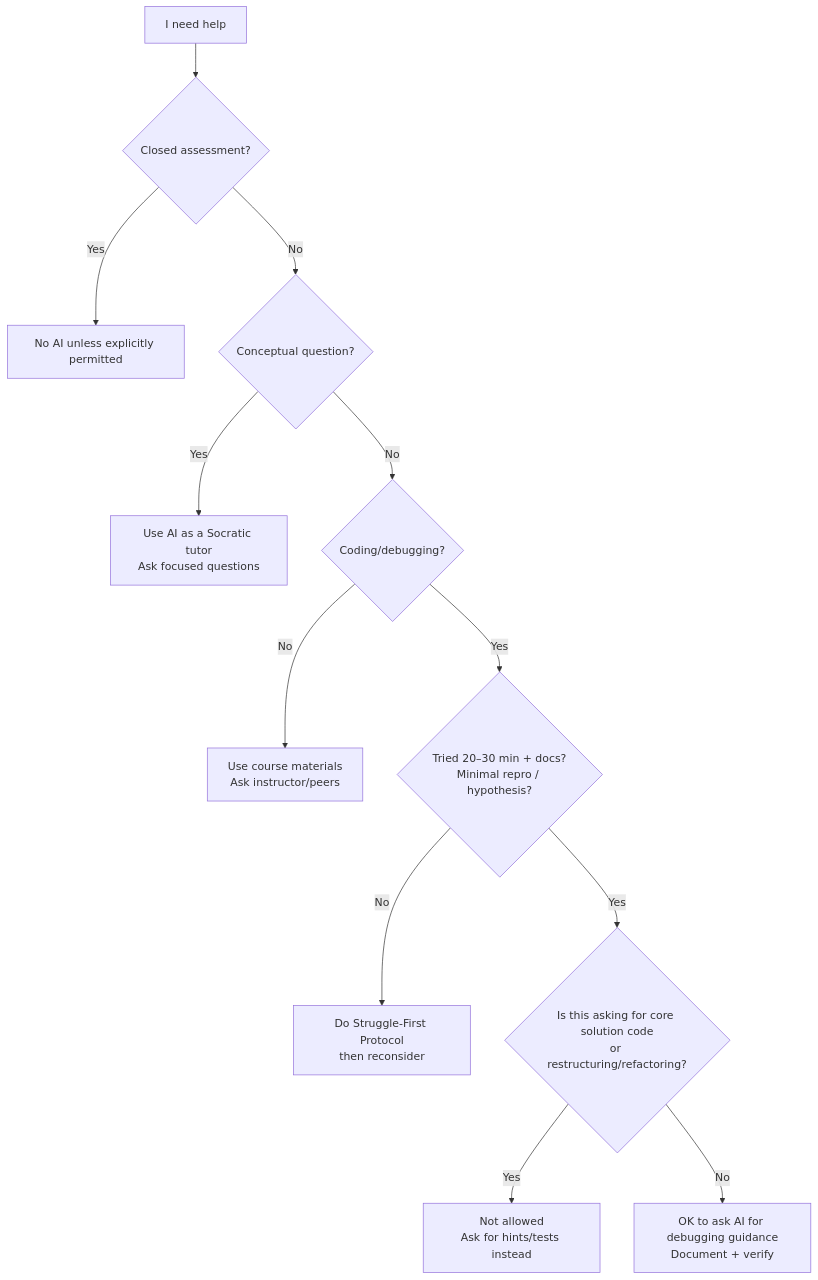
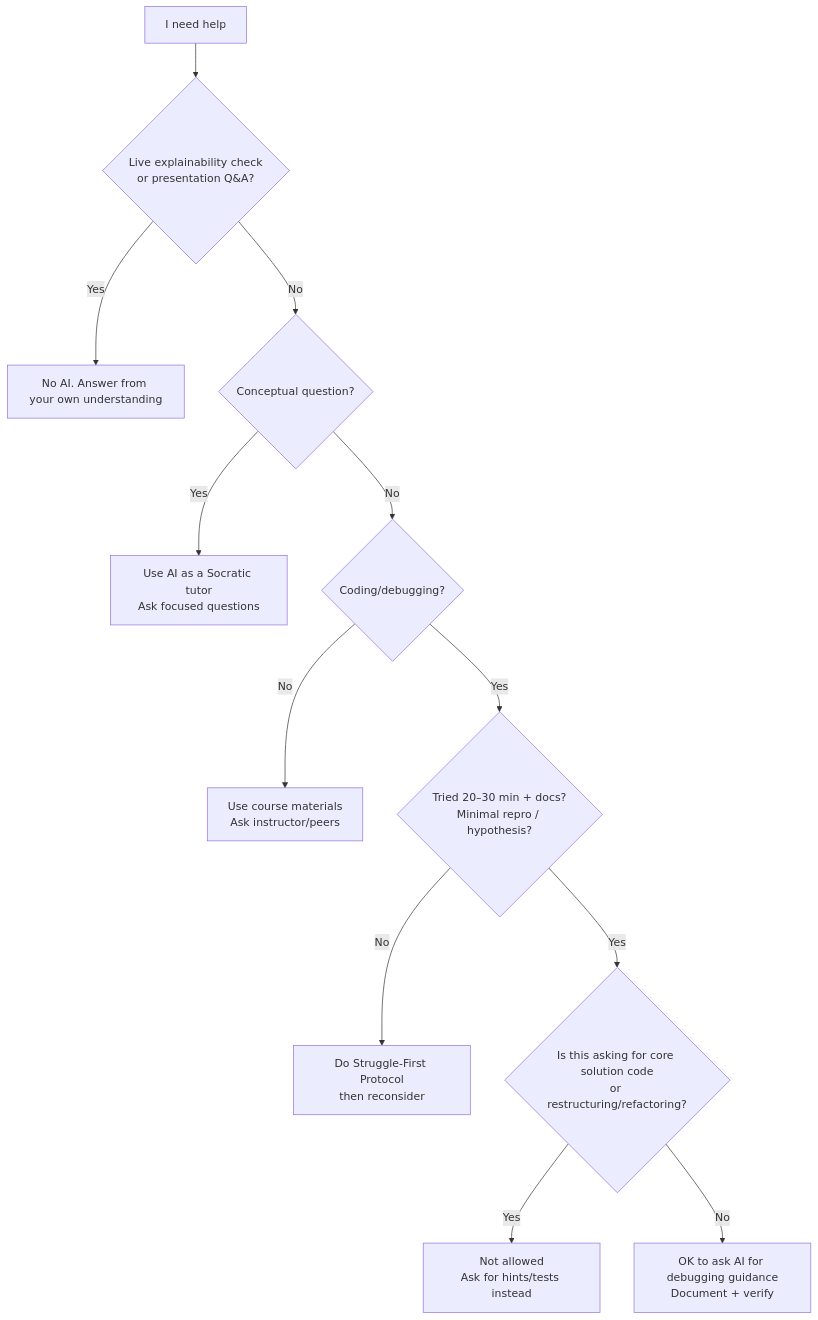
The diagram in 01-course-info/ai-policy.md (astrobytes-edu/comp521), drawn with Mermaid before and after one commit. The commit also changed other lines of this file and 1 other file, not shown here.

````diff
--- a/01-course-info/ai-policy.md
+++ b/01-course-info/ai-policy.md
@@ -325,14 +328,14 @@
 ```{mermaid}
 flowchart TD
-  Start[I need help] --> Q0{Closed assessment?}
-  Q0 -->|Yes| Stop1[No AI unless explicitly permitted]
+  Start[I need help] --> Q0{Live explainability check\nor presentation Q&A?}
+  Q0 -->|Yes| Stop1[No AI. Answer from your own understanding]
   Q0 -->|No| Q1{Conceptual question?}
   Q1 -->|Yes| Green1[Use AI as a Socratic tutor\nAsk focused questions]
   Q1 -->|No| Q2{Coding/debugging?}
   Q2 -->|No| Green2[Use course materials\nAsk instructor/peers]
   Q2 -->|Yes| Q3{Tried 20–30 min + docs?\nMinimal repro / hypothesis?}
   Q3 -->|No| Struggle[Do Struggle‑First Protocol\nthen reconsider]
   Q3 -->|Yes| Q4{Is this asking for core solution code\nor restructuring/refactoring?}
   Q4 -->|Yes| Stop2[Not allowed\nAsk for hints/tests instead]
   Q4 -->|No| Go[OK to ask AI for debugging guidance\nDocument + verify]
 ```
````
